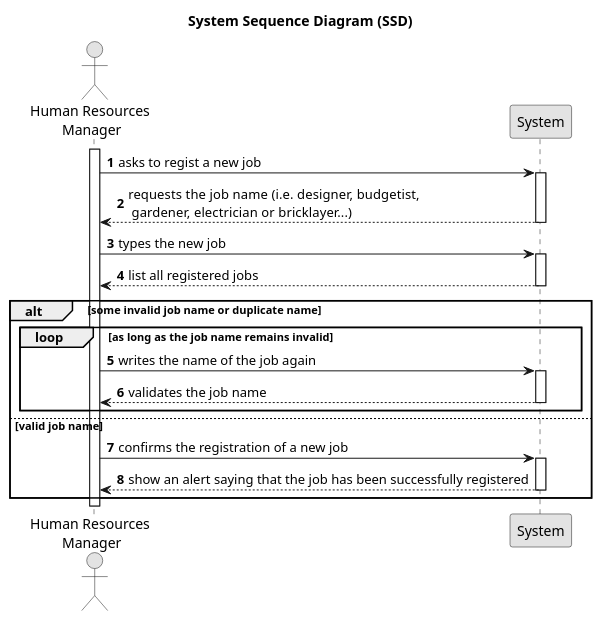
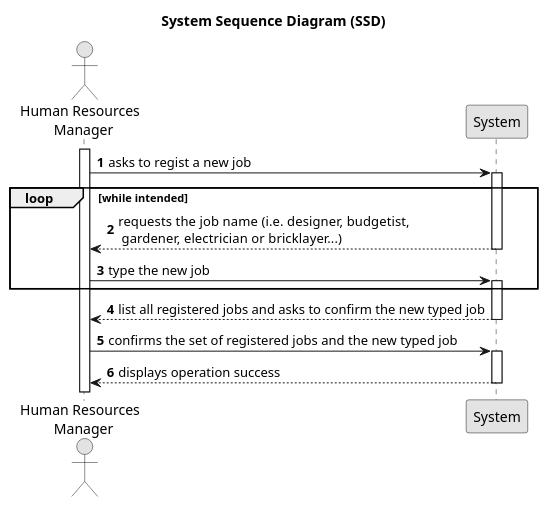
Before and after one commit to 1231360-ISEP/lei-24-s2-1db-g021: the diagram in docs/sprintA/us002/01.requirements-engineering/puml/us002-system-sequence-diagram-alternative-one.puml, drawn with PlantUML. The commit also changed 5 other files, not shown here.

```diff
--- a/docs/sprintA/us002/01.requirements-engineering/puml/us002-system-sequence-diagram-alternative-one.puml
+++ b/docs/sprintA/us002/01.requirements-engineering/puml/us002-system-sequence-diagram-alternative-one.puml
@@ -1,44 +1,35 @@
 @startuml
 skinparam monochrome true
 skinparam packageStyle rectangle
 skinparam shadowing false
 
 title System Sequence Diagram (SSD)
 
 autonumber
 
-actor "Human Resources \nManager" as HRM
+actor "Human Resources \n Manager" as HRM
 participant "System" as System
 
 activate HRM
 
     HRM -> System : asks to regist a new job
-        activate System
+    activate System
 
-    System --> HRM : requests the job name (i.e.  designer, budgetist,\n gardener, electrician or bricklayer...)
+    loop while intended
+            System --> HRM : requests the job name (i.e.  designer, budgetist,\n gardener, electrician or bricklayer...)
         deactivate System
 
-    HRM -> System : types the new job
+        HRM -> System : type the new job
         activate System
-
-    System --> HRM : list all registered jobs
-        deactivate System
-
-    alt some invalid job name or duplicate name
-        loop as long as the job name remains invalid
-            HRM -> System : writes the name of the job again
-                activate System
-
-            System --> HRM : validates the job name
-                deactivate System
-        end
-    else valid job name
-        HRM -> System : confirms the registration of a new job
-            activate System
-
-        System --> HRM : show an alert saying that the job has been successfully registered
-            deactivate System
     end
 
+        System --> HRM : list all registered jobs and asks to confirm the new typed job
+    deactivate System
+
+    HRM -> System : confirms the set of registered jobs and the new typed job
+    activate System
+
+    System --> HRM : displays operation success
+    deactivate System
 
 @enduml
```
